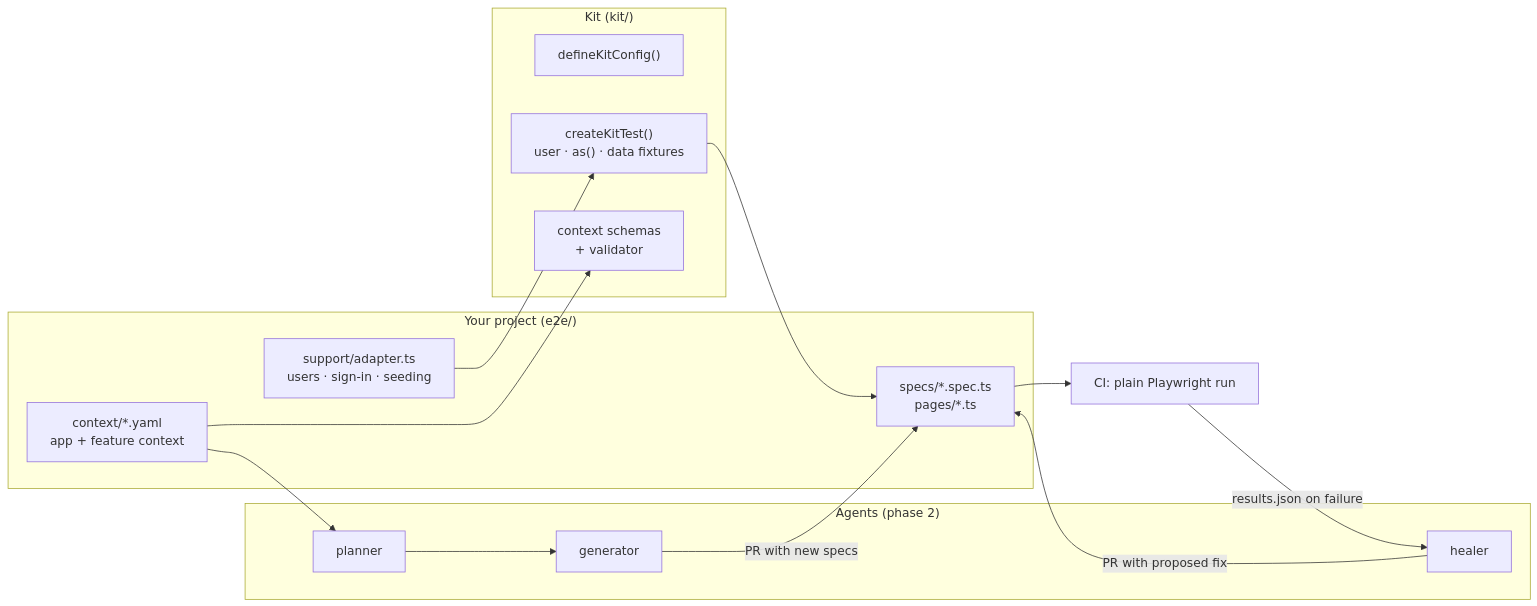
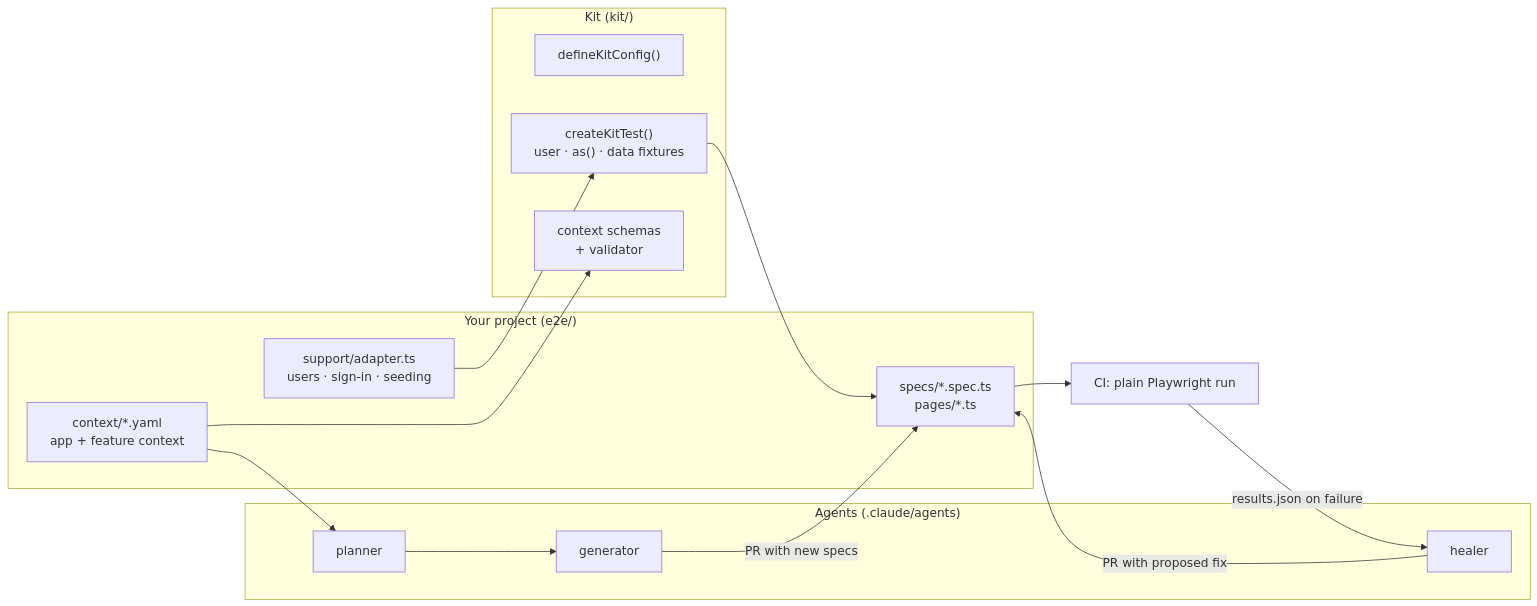
The diagram in README.md (routaz/playwright-agentic-kit), drawn with Mermaid before and after one commit. The commit also changed other lines of this file and 26 other files, not shown here.

````diff
--- a/README.md
+++ b/README.md
@@ -15,25 +15,25 @@
 ```mermaid
 flowchart LR
   subgraph Project["Your project (e2e/)"]
     CTX["context/*.yaml<br/>app + feature context"]
     AD["support/adapter.ts<br/>users · sign-in · seeding"]
     SPECS["specs/*.spec.ts<br/>pages/*.ts"]
   end
   subgraph Kit["Kit (kit/)"]
     CFG["defineKitConfig()"]
     FX["createKitTest()<br/>user · as() · data fixtures"]
     SCH["context schemas<br/>+ validator"]
   end
-  subgraph Agents["Agents (phase 2)"]
+  subgraph Agents["Agents (.claude/agents)"]
     PL["planner"] --> GEN["generator"]
     HEAL["healer"]
   end
   CTX --> SCH
   CTX --> PL
   AD --> FX
   FX --> SPECS
   GEN -- "PR with new specs" --> SPECS
   HEAL -- "PR with proposed fix" --> SPECS
   SPECS --> CI["CI: plain Playwright run"]
   CI -- "results.json on failure" --> HEAL
 ```
````
